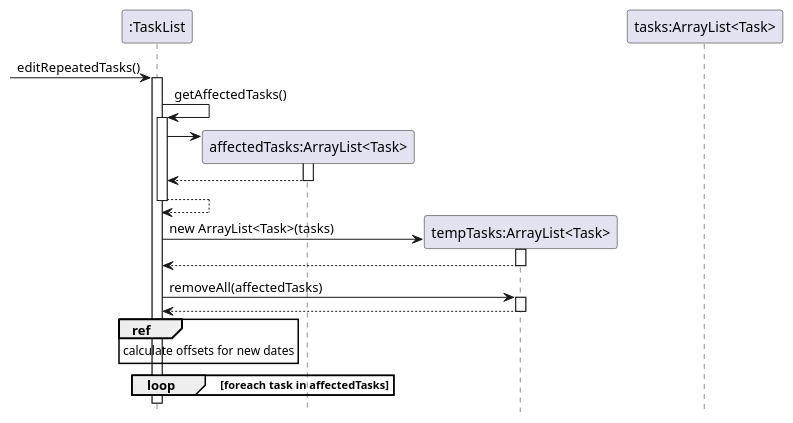
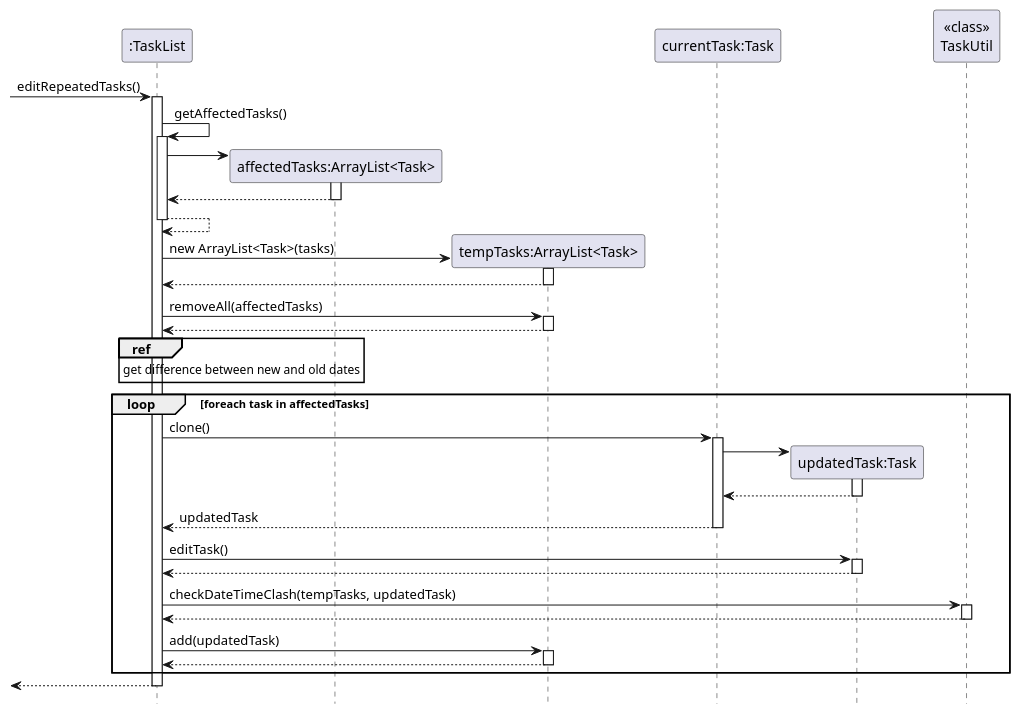
The diagram in docs/puml/EditRepeatedTaskSD.puml (nus-cs2113-AY2122S2/tp), drawn with PlantUML before and after one commit. The commit also changed 6 other files, not shown here.

Commit message:
Update UML diagrams

```diff
--- a/docs/puml/EditRepeatedTaskSD.puml
+++ b/docs/puml/EditRepeatedTaskSD.puml
@@ -1,29 +1,42 @@
 @startuml
 'https://plantuml.com/sequence-diagram
 
 hide footbox
 participant TaskList as ":TaskList"
 participant affectedTasks as "affectedTasks:ArrayList<Task>"
 participant tempTasks as "tempTasks:ArrayList<Task>"
-participant tasks as "tasks:ArrayList<Task>"
+participant currentTask as "currentTask:Task"
+participant newTask as "updatedTask:Task"
+participant TaskUtil as "<<class>>\nTaskUtil"
 
 [-> TaskList ++ : editRepeatedTasks()
 TaskList -> TaskList ++ : getAffectedTasks()
 create affectedTasks
 TaskList -> affectedTasks ++:
 affectedTasks --> TaskList --
 TaskList --> TaskList --
 
 create tempTasks
 TaskList -> tempTasks ++: new ArrayList<Task>(tasks)
 tempTasks --> TaskList --
 
 TaskList -> tempTasks ++: removeAll(affectedTasks)
 tempTasks --> TaskList --
 
-ref over TaskList : calculate offsets for new dates
+ref over TaskList : get difference between new and old dates
 
 loop foreach task in affectedTasks
-
+    TaskList -> currentTask ++ : clone()
+    create newTask
+    currentTask -> newTask ++
+    newTask --> currentTask --
+    currentTask --> TaskList -- : updatedTask
+    TaskList -> newTask ++ : editTask()
+    newTask --> TaskList --
+    TaskList -> TaskUtil ++ : checkDateTimeClash(tempTasks, updatedTask)
+    TaskUtil --> TaskList --
+    TaskList -> tempTasks ++ : add(updatedTask)
+    tempTasks --> TaskList --
 end
+return
 @enduml
```
